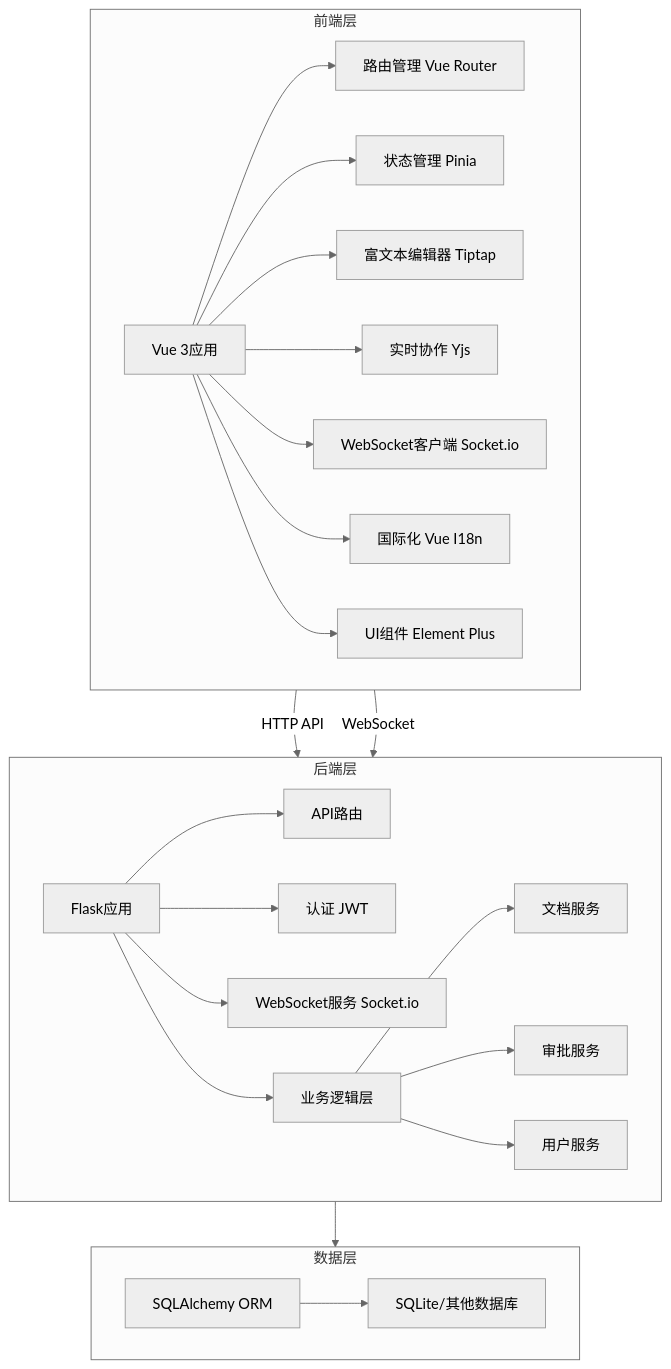
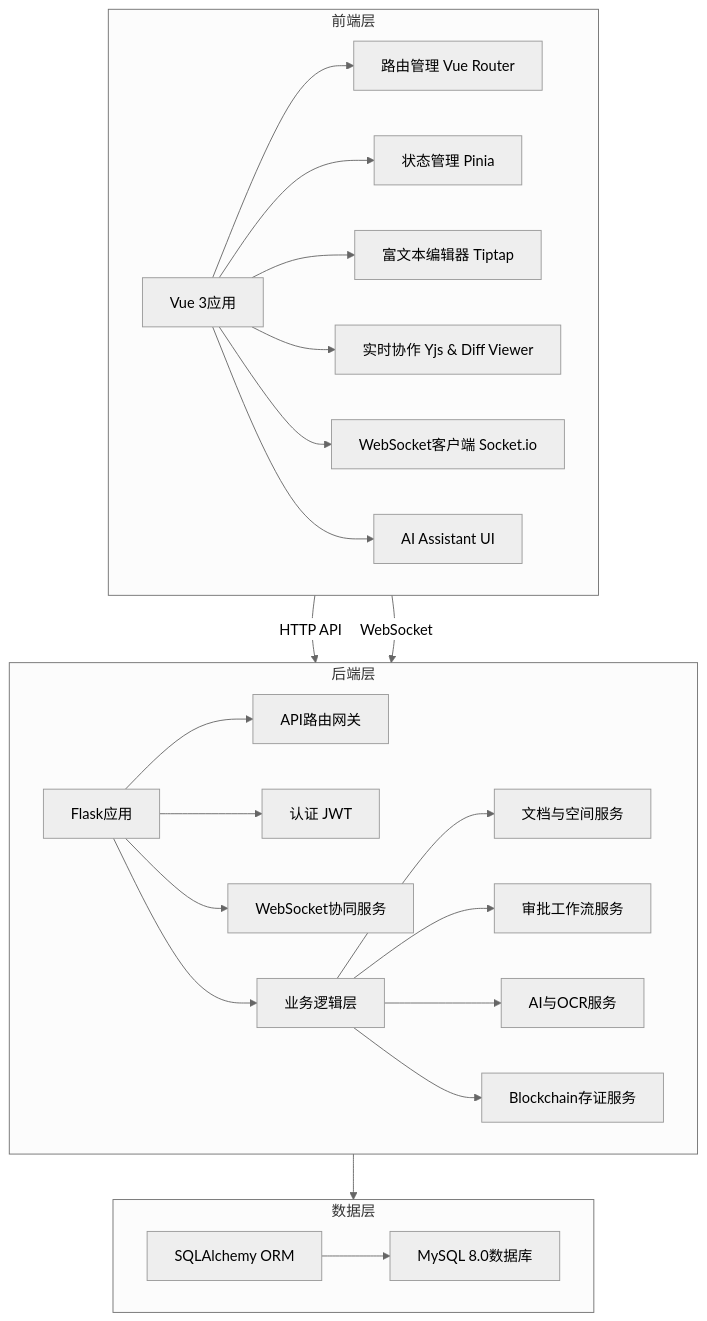
The first of 2 diagrams in sources/docs/technical-documentation/technical-documentation.zh-CN.md (13538009762/EDMSV1), drawn with Mermaid (neutral theme) before and after one commit. The commit also changed other lines of this file and 5 other files, not shown here.

````diff
--- a/sources/docs/technical-documentation/technical-documentation.zh-CN.md
+++ b/sources/docs/technical-documentation/technical-documentation.zh-CN.md
@@ -41,30 +38,30 @@
 ```mermaid
 flowchart TD
     subgraph Frontend [前端层]
         A[Vue 3应用] --> B[路由管理 Vue Router]
         A --> C[状态管理 Pinia]
         A --> D[富文本编辑器 Tiptap]
-        A --> E[实时协作 Yjs]
+        A --> E[实时协作 Yjs & Diff Viewer]
         A --> F[WebSocket客户端 Socket.io]
-        A --> G[国际化 Vue I18n]
-        A --> H[UI组件 Element Plus]
+        A --> G[AI Assistant UI]
     end
 
     subgraph Backend [后端层]
-        I[Flask应用] --> J[API路由]
+        I[Flask应用] --> J[API路由网关]
         I --> K[认证 JWT]
-        I --> L[WebSocket服务 Socket.io]
+        I --> L[WebSocket协同服务]
         I --> M[业务逻辑层]
-        M --> N[文档服务]
-        M --> O[审批服务]
-        M --> P[用户服务]
+        M --> N[文档与空间服务]
+        M --> O[审批工作流服务]
+        M --> P[AI与OCR服务]
+        M --> S[Blockchain存证服务]
     end
 
     subgraph DataLayer [数据层]
-        Q[SQLAlchemy ORM] --> R[SQLite/其他数据库]
+        Q[SQLAlchemy ORM] --> R[MySQL 8.0数据库]
     end
 
     Frontend -->|HTTP API| Backend
     Frontend -->|WebSocket| Backend
     Backend --> DataLayer
 ```
````
